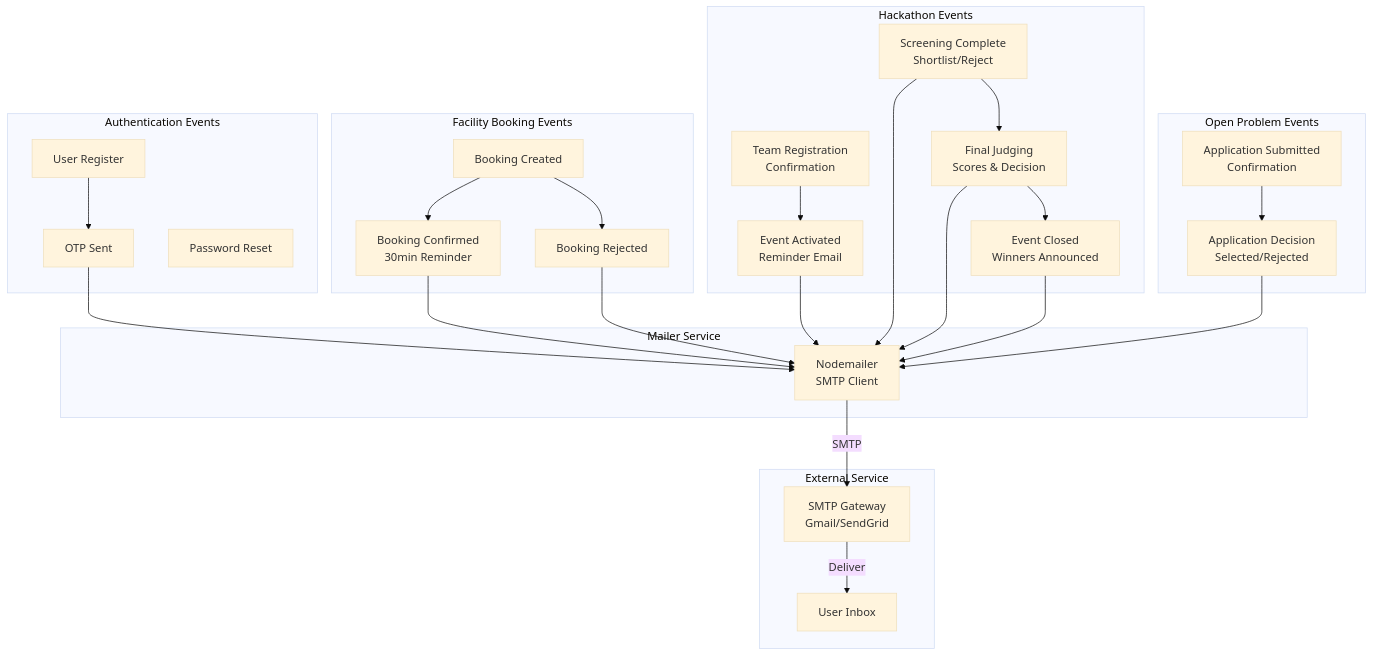
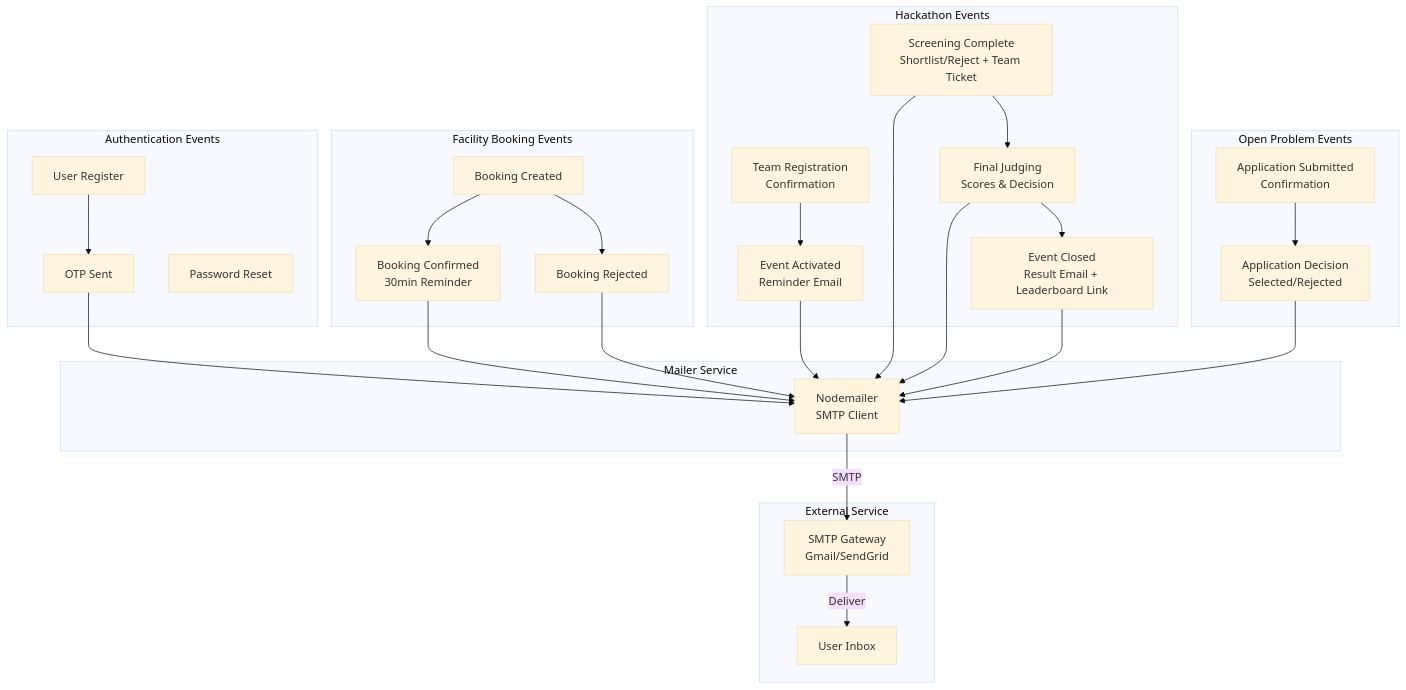
Diagram 28 of 36 in README.md (Newer1107/CoE-Main), drawn with Mermaid (base theme) before and after one commit. The commit also changed other lines of this file, not shown here.

````diff
--- a/README.md
+++ b/README.md
@@ -1502,56 +1513,56 @@
 ```mermaid
 graph TD
   subgraph "Authentication Events"
     AUTH_REG["User Register"]
     OTP_SEND["OTP Sent"]
     PWD_RESET["Password Reset"]
   end
 
   subgraph "Facility Booking Events"
     BOOK_PENDING["Booking Created"]
     BOOK_CONF["Booking Confirmed<br/>30min Reminder"]
     BOOK_REJ["Booking Rejected"]
   end
 
   subgraph "Hackathon Events"
     HACK_REGISTER["Team Registration<br/>Confirmation"]
     HACK_ACTIVE["Event Activated<br/>Reminder Email"]
-    HACK_SCREENING["Screening Complete<br/>Shortlist/Reject"]
+    HACK_SCREENING["Screening Complete<br/>Shortlist/Reject + Team Ticket"]
     HACK_JUDGING["Final Judging<br/>Scores & Decision"]
-    HACK_CLOSE["Event Closed<br/>Winners Announced"]
+    HACK_CLOSE["Event Closed<br/>Result Email + Leaderboard Link"]
   end
 
   subgraph "Open Problem Events"
     APP_SUBMIT["Application Submitted<br/>Confirmation"]
     APP_DECISION["Application Decision<br/>Selected/Rejected"]
   end
 
   subgraph "Mailer Service"
     NODEMAILER["Nodemailer<br/>SMTP Client"]
   end
 
   subgraph "External Service"
     SMTP_SERVER["SMTP Gateway<br/>Gmail/SendGrid"]
     INBOX["User Inbox"]
   end
 
   AUTH_REG --> OTP_SEND
   BOOK_PENDING --> BOOK_CONF
   BOOK_PENDING --> BOOK_REJ
   HACK_REGISTER --> HACK_ACTIVE
   HACK_SCREENING --> HACK_JUDGING
   HACK_JUDGING --> HACK_CLOSE
   APP_SUBMIT --> APP_DECISION
 
   OTP_SEND --> NODEMAILER
   BOOK_CONF --> NODEMAILER
   BOOK_REJ --> NODEMAILER
   HACK_ACTIVE --> NODEMAILER
   HACK_SCREENING --> NODEMAILER
   HACK_JUDGING --> NODEMAILER
   HACK_CLOSE --> NODEMAILER
   APP_DECISION --> NODEMAILER
 
   NODEMAILER -->|SMTP| SMTP_SERVER
   SMTP_SERVER -->|Deliver| INBOX
 ```
````
